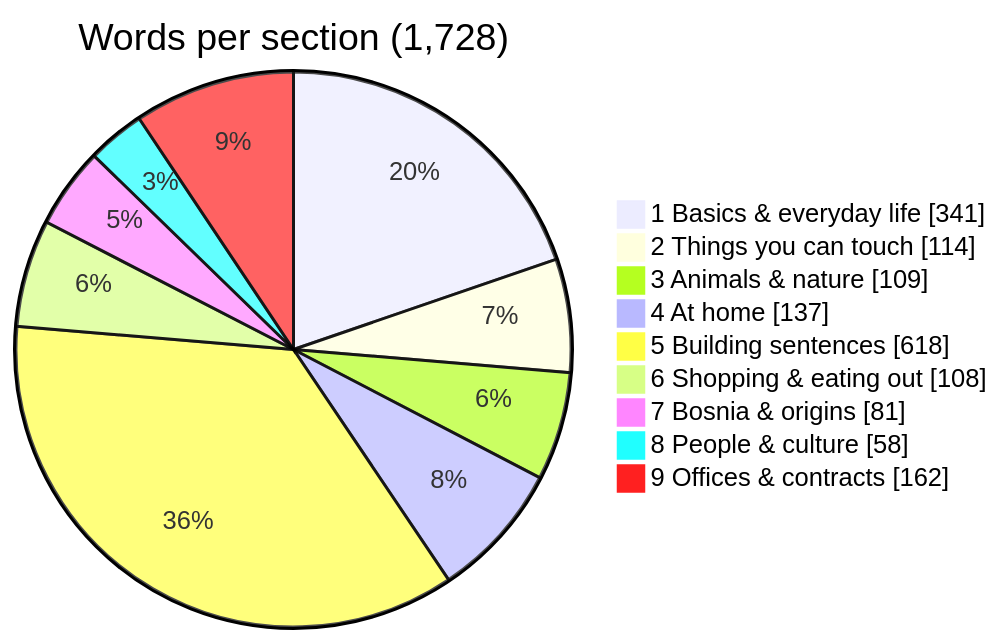
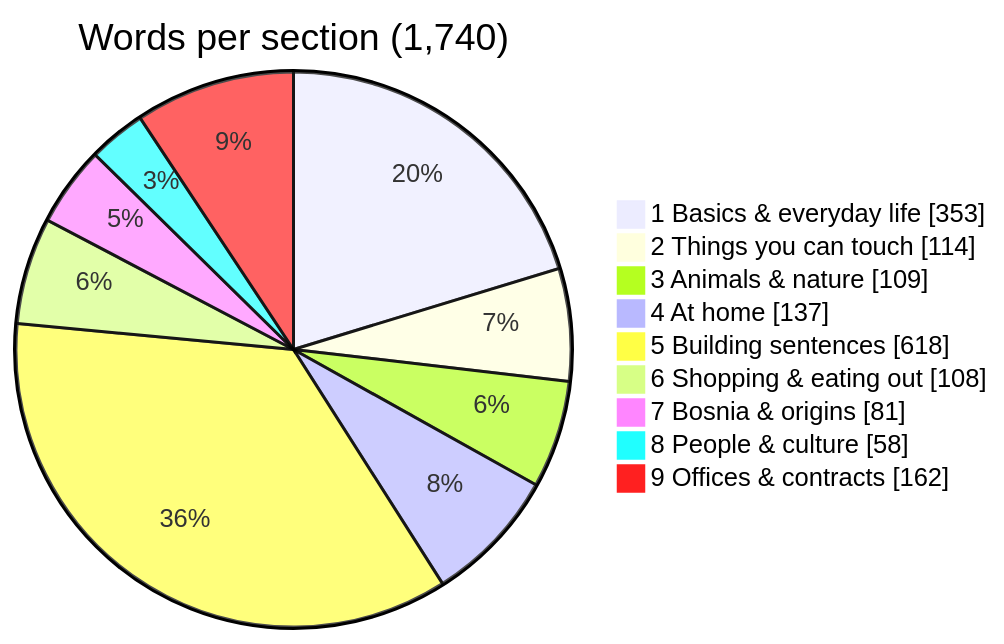
One commit to zmaj-lernapp/zmaj changed the first of 2 diagrams in data/DATASHEET.md. Above: the diagram before and after it, drawn with Mermaid. The commit also changed other lines of this file and 53 other files, not shown here.

````diff
--- a/data/DATASHEET.md
+++ b/data/DATASHEET.md
@@ -23,12 +24,12 @@
 ```mermaid
-pie showData title Words per section (1,728)
-  "1 Basics & everyday life" : 341
+pie showData title Words per section (1,740)
+  "1 Basics & everyday life" : 353
   "2 Things you can touch" : 114
   "3 Animals & nature" : 109
   "4 At home" : 137
   "5 Building sentences" : 618
   "6 Shopping & eating out" : 108
   "7 Bosnia & origins" : 81
   "8 People & culture" : 58
   "9 Offices & contracts" : 162
 ```
````
